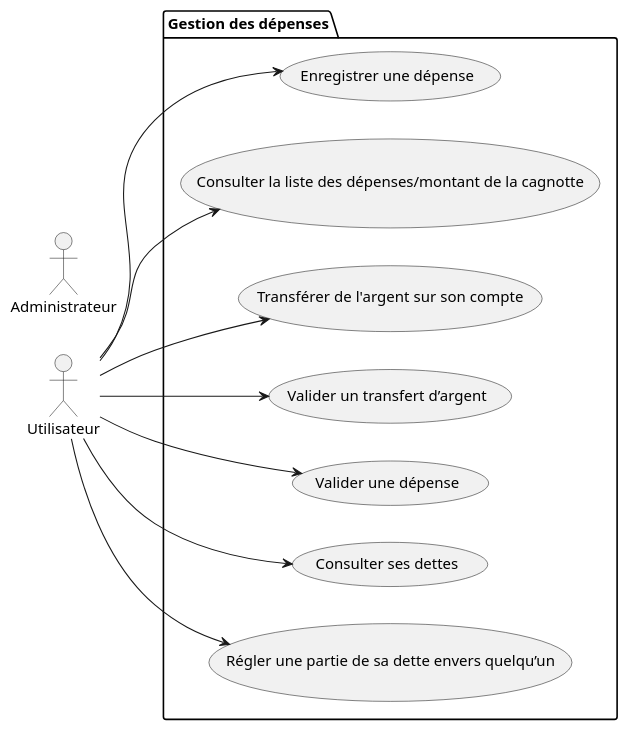
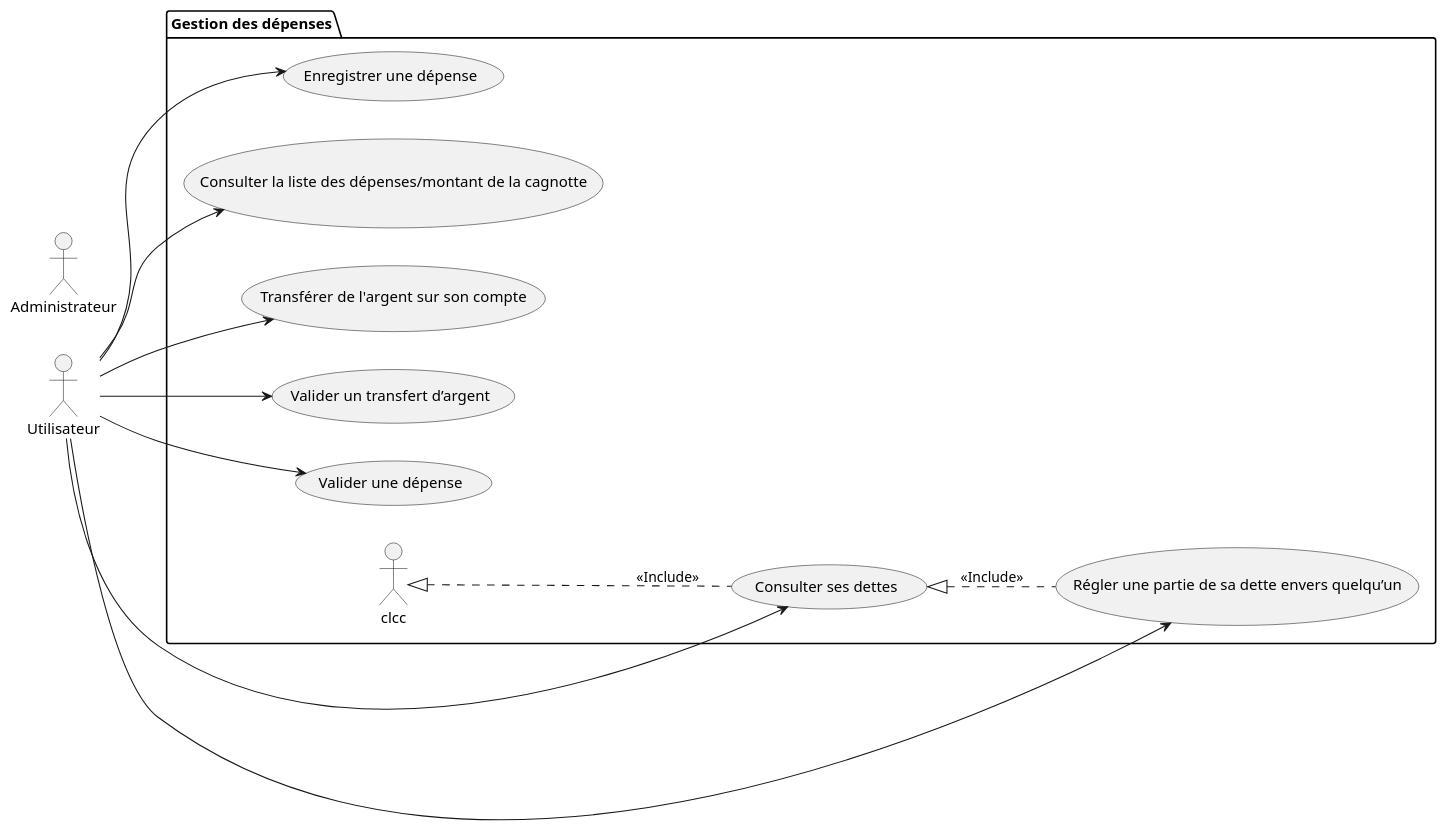
The diagram in diagrammes/specification/cas-utilisation/package-gestiondesdepenses.puml (lmtb06/sharecount), drawn with PlantUML before and after one commit. The commit also changed 8 other files, not shown here.

Commit message:
Début des diagrammse de séquence de consulter ses dettes et regler partie de ses dettes

```diff
--- a/diagrammes/specification/cas-utilisation/package-gestiondesdepenses.puml
+++ b/diagrammes/specification/cas-utilisation/package-gestiondesdepenses.puml
@@ -1,26 +1,28 @@
 @startuml Cas utilisation - Gestion des dépenses
 left to right direction
 
 actor "Utilisateur" as User
 
 actor "Administrateur" as Admin
 
 package "Gestion des dépenses"{
         usecase "Enregistrer une dépense" as eud
         usecase "Consulter la liste des dépenses/montant de la cagnotte" as cllddmdlc
         usecase "Transférer de l'argent sur son compte" as tdassc
         usecase "Valider un transfert d’argent" as vuta
         usecase "Valider une dépense" as vud
         usecase "Consulter ses dettes" as csd
+				clcc <|.. csd : <<Include>>
         usecase "Régler une partie de sa dette envers quelqu’un" as rpd
+				csd <|.. rpd : <<Include>>
 }
 
 User --> eud
 User --> cllddmdlc
 User --> tdassc
 User --> vuta
 User --> vud
 User --> csd
 User --> rpd
 
 @enduml
```
